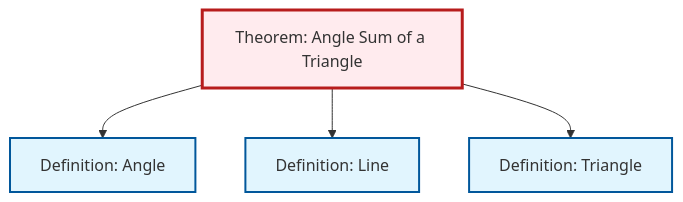
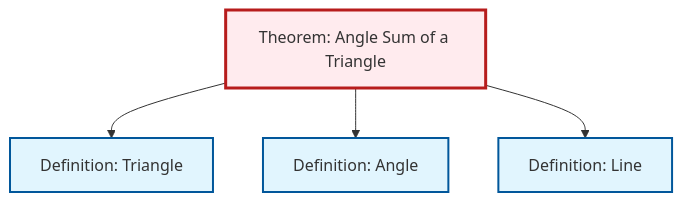
One commit to RK0429/ModernMath changed the diagram in content/en/geometry/thm-angle-sum-triangle.qmd. Above: the diagram before and after it, drawn with Mermaid. The commit also changed other lines of this file and 1069 other files, not shown here.

````diff
--- a/content/en/geometry/thm-angle-sum-triangle.qmd
+++ b/content/en/geometry/thm-angle-sum-triangle.qmd
@@ -57,20 +57,20 @@
 ```{mermaid}
 %%| fig-cap: "Local dependency graph"
 graph TD
     classDef definition fill:#e1f5fe,stroke:#01579b,stroke-width:2px
     classDef theorem fill:#f3e5f5,stroke:#4a148c,stroke-width:2px
     classDef axiom fill:#fff3e0,stroke:#e65100,stroke-width:2px
     classDef example fill:#e8f5e9,stroke:#1b5e20,stroke-width:2px
     classDef current fill:#ffebee,stroke:#b71c1c,stroke-width:3px
+    def-line["Definition: Line"]:::definition
+    def-triangle["Definition: Triangle"]:::definition
     thm-angle-sum-triangle["Theorem: Angle Sum of a Triangle"]:::theorem
-    def-triangle["Definition: Triangle"]:::definition
     def-angle["Definition: Angle"]:::definition
-    def-line["Definition: Line"]:::definition
+    thm-angle-sum-triangle --> def-triangle
     thm-angle-sum-triangle --> def-angle
     thm-angle-sum-triangle --> def-line
-    thm-angle-sum-triangle --> def-triangle
     class thm-angle-sum-triangle current
+    click def-line "def-line.html" "Go to Line definition"
     click def-triangle "def-triangle.html" "Go to Triangle definition"
     click def-angle "def-angle.html" "Go to Angle definition"
-    click def-line "def-line.html" "Go to Line definition"
 ```
````
